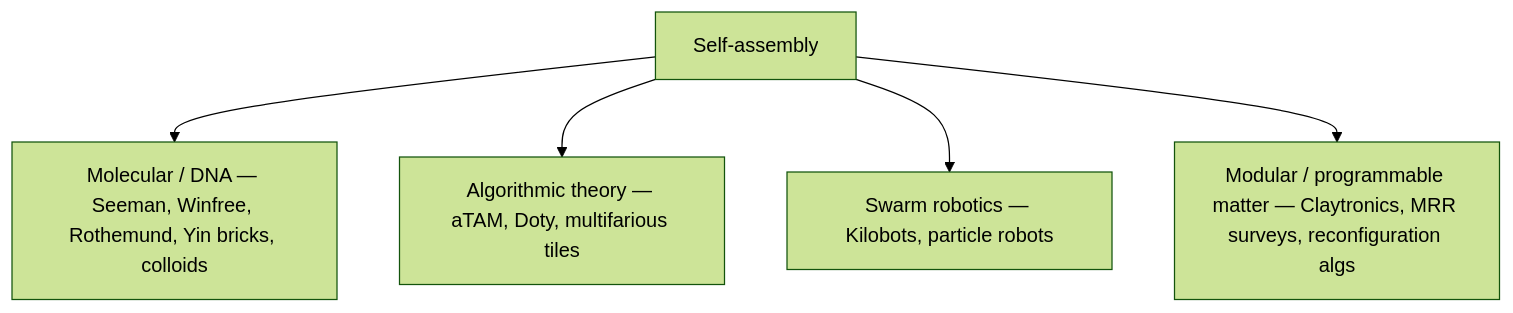
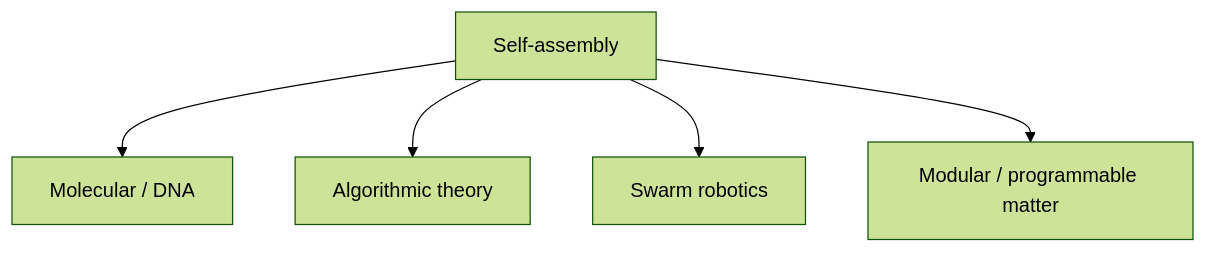
One commit to caretak3r/self-assembly-lab changed the diagram in content/index.mdx. Above: the diagram before and after it, drawn with Mermaid (forest theme). The commit also changed 5 other files, not shown here.

First line of the commit message:
Simplify Mermaid diagrams for ASCII-safe Mermaid 11 labels

````diff
--- a/content/index.mdx
+++ b/content/index.mdx
@@ -23,7 +23,7 @@
 ```mermaid
 flowchart TD
-  SA["Self-assembly"] --> DNA["Molecular / DNA — Seeman, Winfree, Rothemund, Yin bricks, colloids"]
-  SA --> ALG["Algorithmic theory — aTAM, Doty, multifarious tiles"]
-  SA --> SWARM["Swarm robotics — Kilobots, particle robots"]
-  SA --> MRR["Modular / programmable matter — Claytronics, MRR surveys, reconfiguration algs"]
+  SA[Self-assembly] --> DNA[Molecular / DNA]
+  SA --> ALG[Algorithmic theory]
+  SA --> SWARM[Swarm robotics]
+  SA --> MRR[Modular / programmable matter]
 ```
````
